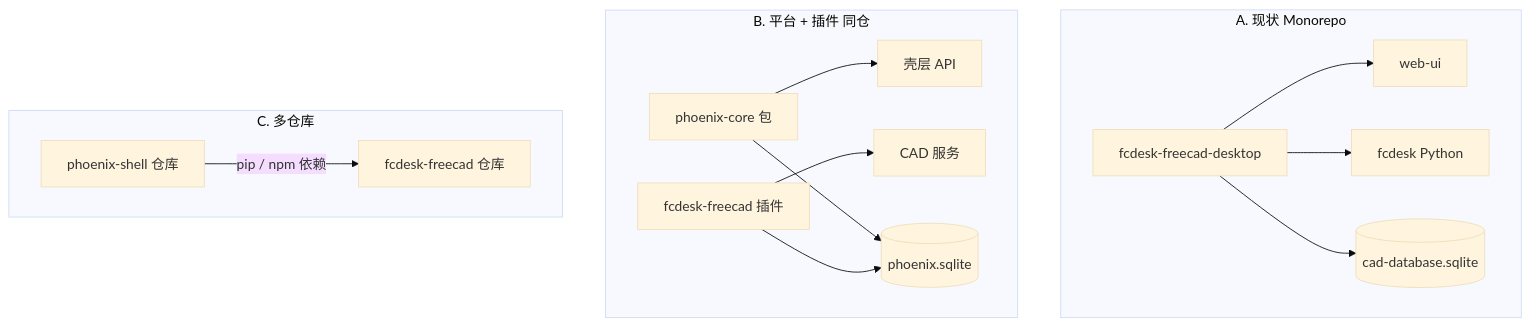
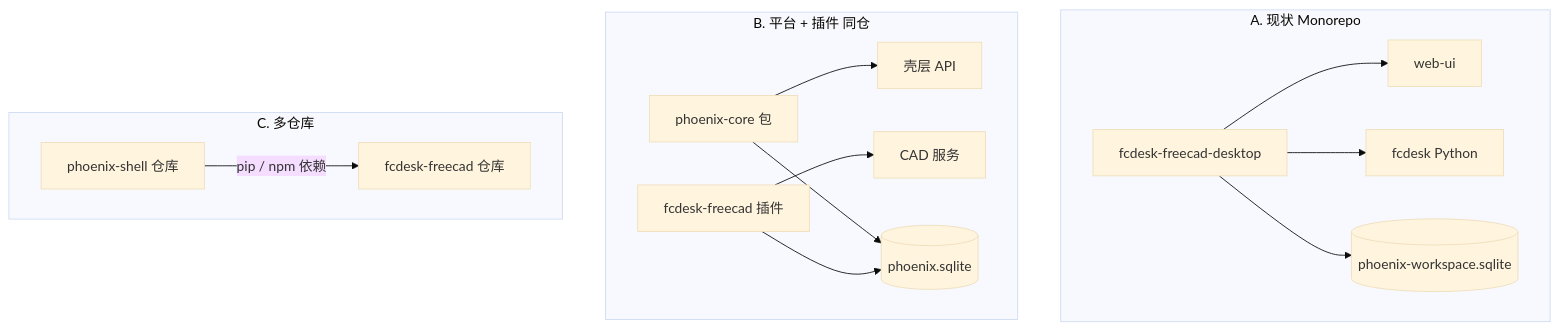
Before and after one commit to phoenixwing-org/phoenix-desk-tools: the first of 2 diagrams in doc/Phoenix平台-多应用壳层-规划讨论.md, drawn with Mermaid (base theme). The commit also changed other lines of this file and 22 other files, not shown here.

Commit message:
数据库名改为phoenix-workspace.sqlite；更新文档

````diff
--- a/doc/Phoenix平台-多应用壳层-规划讨论.md
+++ b/doc/Phoenix平台-多应用壳层-规划讨论.md
@@ -28,24 +28,24 @@
 ```mermaid
 flowchart TB
   subgraph A [A. 现状 Monorepo]
     FCD[fcdesk-freecad-desktop]
     FCD --> WEB[web-ui]
     FCD --> PY[fcdesk Python]
-    FCD --> DB[(cad-database.sqlite)]
+    FCD --> DB[(phoenix-workspace.sqlite)]
   end
 
   subgraph B [B. 平台 + 插件 同仓]
     CORE[phoenix-core 包]
     PLG[fcdesk-freecad 插件]
     CORE --> SHELL[壳层 API]
     PLG --> CAD[CAD 服务]
     CORE --> DB2[(phoenix.sqlite)]
     PLG --> DB2
   end
 
   subgraph C [C. 多仓库]
     REPO1[phoenix-shell 仓库]
     REPO2[fcdesk-freecad 仓库]
     REPO1 -->|pip / npm 依赖| REPO2
   end
 ```
````
